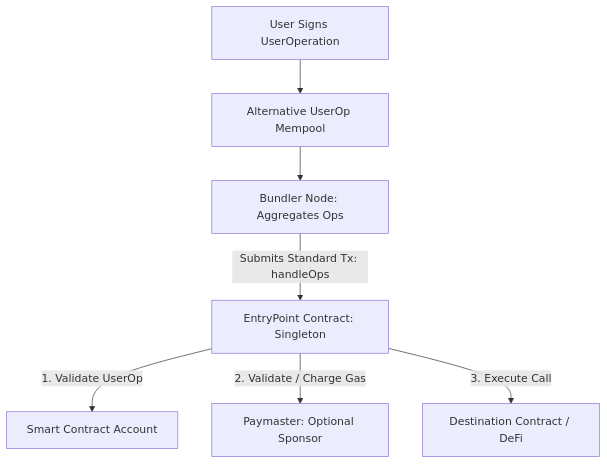
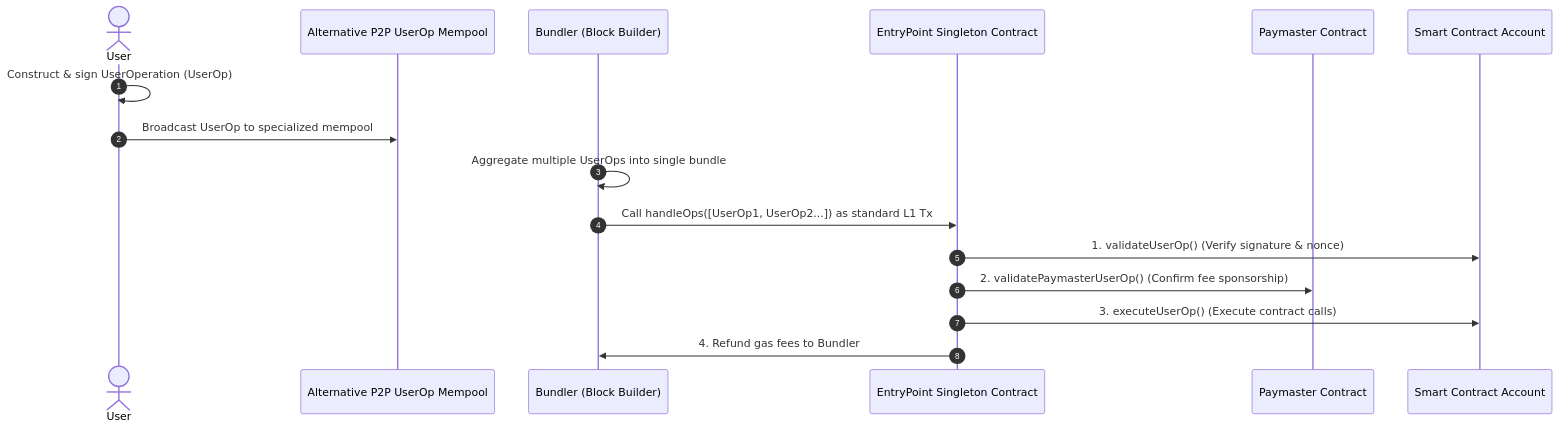
Before and after one commit to ub-society/modules: the fourth of 4 diagrams in docs/learn/fundamentals/04-programmability-and-vm/04-wallets-and-account-abstraction.md, drawn with Mermaid. The commit also changed other lines of this file and 4 other files, not shown here.

````diff
--- a/docs/learn/fundamentals/04-programmability-and-vm/04-wallets-and-account-abstraction.md
+++ b/docs/learn/fundamentals/04-programmability-and-vm/04-wallets-and-account-abstraction.md
@@ -66,9 +129,19 @@
 ```mermaid
-flowchart TD
-    User[User Signs UserOperation] --> AltMempool[Alternative UserOp Mempool]
-    AltMempool --> Bundler[Bundler Node: Aggregates Ops]
-    Bundler -->|Submits Standard Tx: handleOps| EntryPoint[EntryPoint Contract: Singleton]
-    EntryPoint -->|1. Validate UserOp| SmartWallet[Smart Contract Account]
-    EntryPoint -->|2. Validate / Charge Gas| Paymaster[Paymaster: Optional Sponsor]
-    EntryPoint -->|3. Execute Call| Target[Destination Contract / DeFi]
+sequenceDiagram
+    autonumber
+    actor User
+    participant AltMempool as Alternative P2P UserOp Mempool
+    participant Bundler as Bundler (Block Builder)
+    participant EP as EntryPoint Singleton Contract
+    participant PM as Paymaster Contract
+    participant Wallet as Smart Contract Account
+
+    User->>User: Construct & sign UserOperation (UserOp)
+    User->>AltMempool: Broadcast UserOp to specialized mempool
+    Bundler->>Bundler: Aggregate multiple UserOps into single bundle
+    Bundler->>EP: Call handleOps([UserOp1, UserOp2...]) as standard L1 Tx
+    EP->>Wallet: 1. validateUserOp() (Verify signature & nonce)
+    EP->>PM: 2. validatePaymasterUserOp() (Confirm fee sponsorship)
+    EP->>Wallet: 3. executeUserOp() (Execute contract calls)
+    EP->>Bundler: 4. Refund gas fees to Bundler
 ```
````
